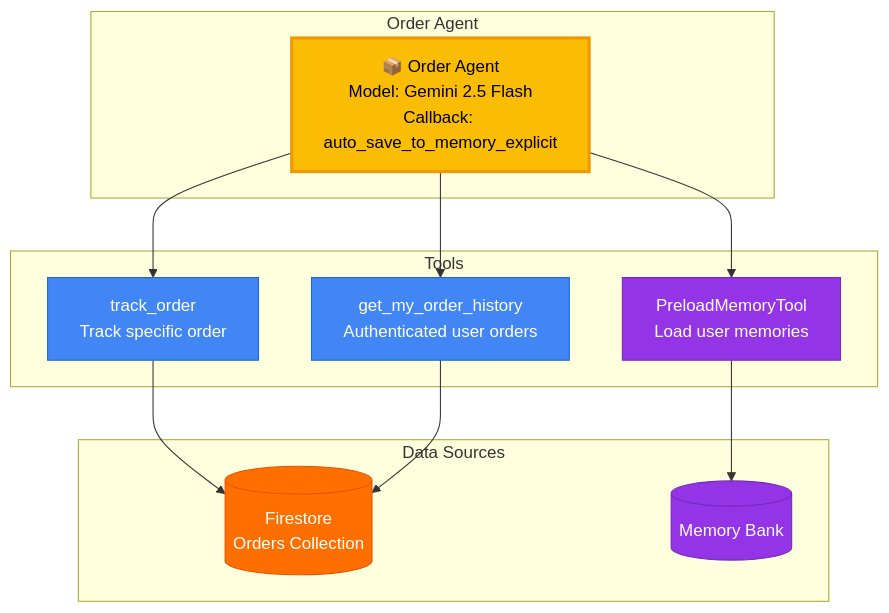
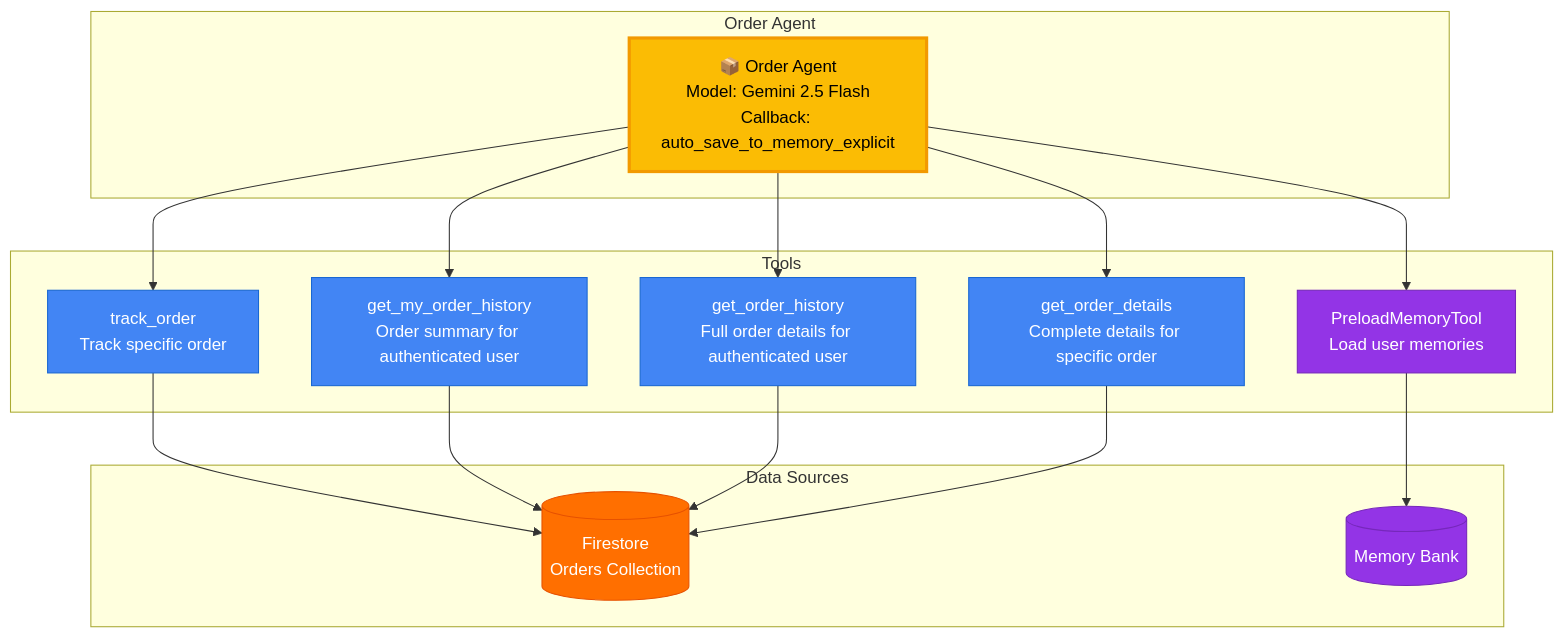
One commit to Saoussen-CH/adk-multiagent-production-template changed the diagram in docs/diagrams/order-agent.mmd. Above: the diagram before and after it, drawn with Mermaid. The commit also changed 5 other files, not shown here.

Commit message:
docs: update diagrams — fix tool counts, callback name, add missing tools [skip ci]

```diff
--- a/docs/diagrams/order-agent.mmd
+++ b/docs/diagrams/order-agent.mmd
@@ -1,33 +1,41 @@
 %% Order Agent Architecture
 %% Google Cloud Platform Style
 
 graph TB
     subgraph "Order Agent"
         Agent[📦 Order Agent<br/>Model: Gemini 2.5 Flash<br/>Callback: auto_save_to_memory_explicit]
     end
 
     subgraph "Tools"
         T0[PreloadMemoryTool<br/>Load user memories]
         T1[track_order<br/>Track specific order]
-        T2[get_my_order_history<br/>Authenticated user orders]
+        T2[get_my_order_history<br/>Order summary for authenticated user]
+        T3[get_order_history<br/>Full order details for authenticated user]
+        T4[get_order_details<br/>Complete details for specific order]
     end
 
     subgraph "Data Sources"
         Firestore[(Firestore<br/>Orders Collection)]
         Memory[(Memory Bank)]
     end
 
     Agent --> T0
     Agent --> T1
     Agent --> T2
+    Agent --> T3
+    Agent --> T4
 
     T0 --> Memory
     T1 --> Firestore
     T2 --> Firestore
+    T3 --> Firestore
+    T4 --> Firestore
 
     style Agent fill:#FBBC04,stroke:#F29900,color:#000,stroke-width:3px
     style T0 fill:#9334E6,stroke:#7627BB,color:#fff
     style T1 fill:#4285F4,stroke:#1967D2,color:#fff
     style T2 fill:#4285F4,stroke:#1967D2,color:#fff
+    style T3 fill:#4285F4,stroke:#1967D2,color:#fff
+    style T4 fill:#4285F4,stroke:#1967D2,color:#fff
     style Firestore fill:#FF6F00,stroke:#E65100,color:#fff
     style Memory fill:#9334E6,stroke:#7627BB,color:#fff
```
